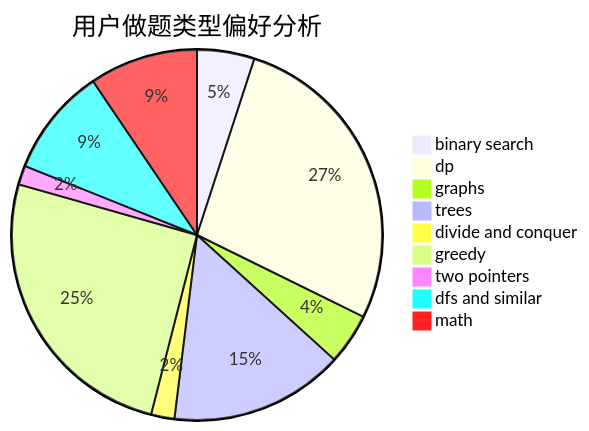
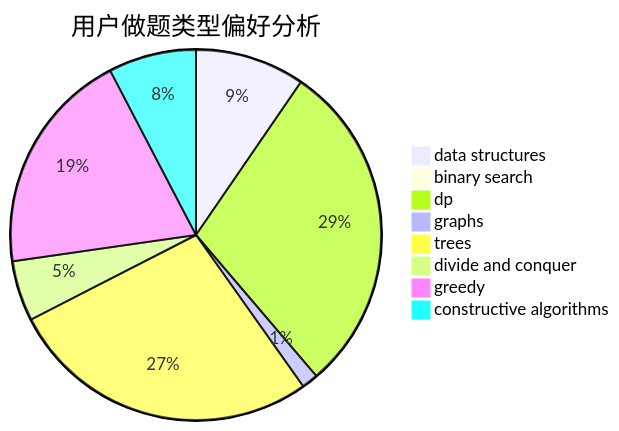
Before and after one commit to sherpahu/cfrs.github.io: the second of 3 diagrams in docs/user/u2268.md, drawn with Mermaid. The commit also changed other lines of this file and 2775 other files, not shown here.

````diff
--- a/docs/user/u2268.md
+++ b/docs/user/u2268.md
@@ -23,12 +23,11 @@
 ```mermaid
 pie title 用户做题类型偏好分析
-    "binary search" :  27
-    "dp" :  147
-    "graphs" :  24
-    "trees" :  82
+    "data structures" :  20
+    "binary search" :  2
+    "dp" :  61
+    "graphs" :  3
+    "trees" :  57
     "divide and conquer" :  11
-    "greedy" :  137
-    "two pointers" :  9
-    "dfs and similar" :  51
-    "math" :  51
+    "greedy" :  41
+    "constructive algorithms" :  16
 ```
````
